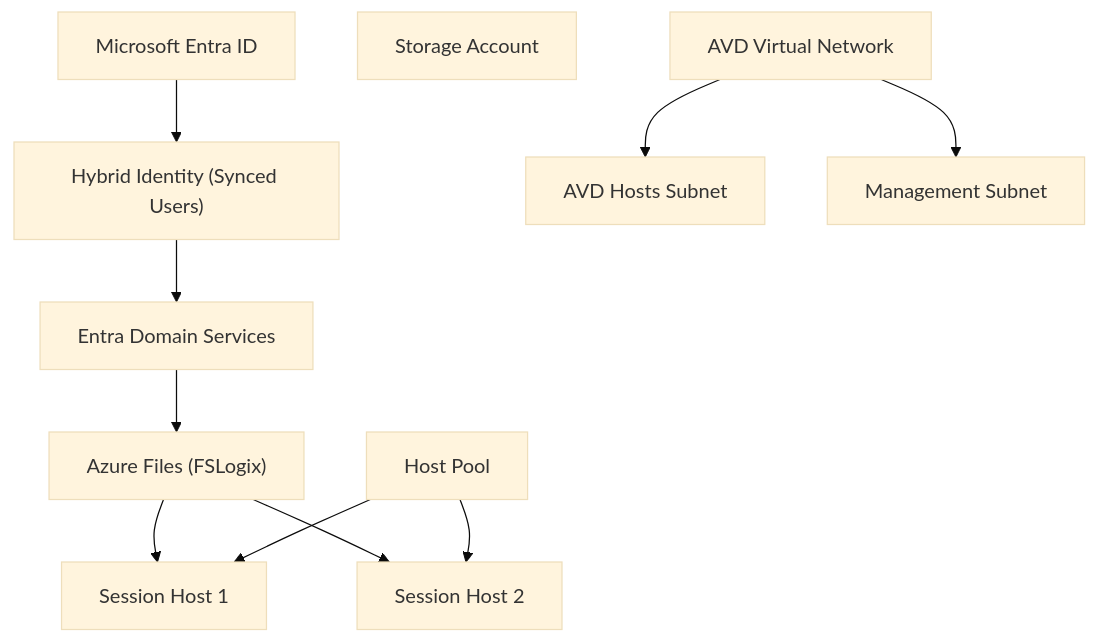
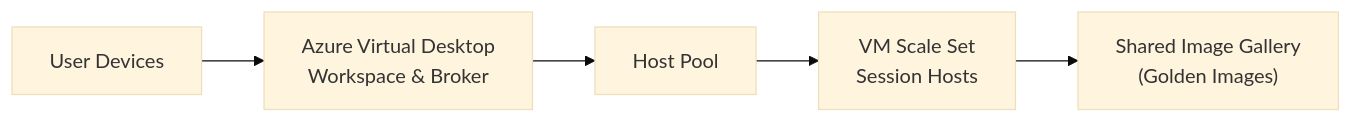
The first of 3 diagrams in Microsoft/Azure-VirtualDesktop/docs/00-Architecture.md (j-rattigan/Projects), drawn with Mermaid (base theme) before and after one commit. The commit also changed other lines of this file, not shown here.

````diff
--- a/Microsoft/Azure-VirtualDesktop/docs/00-Architecture.md
+++ b/Microsoft/Azure-VirtualDesktop/docs/00-Architecture.md
@@ -55,23 +17,10 @@
 ```mermaid
-graph TD
-    AAD["Microsoft Entra ID"]
-    HYB["Hybrid Identity (Synced Users)"]
-    AADDS["Entra Domain Services"]
-    SA["Storage Account"]
-    FILES["Azure Files (FSLogix)"]
+flowchart LR
+    User["User Devices"]
+    AVD["Azure Virtual Desktop<br>Workspace & Broker"]
     HP["Host Pool"]
-    SH1["Session Host 1"]
-    SH2["Session Host 2"]
-    VNET["AVD Virtual Network"]
-    SUB1["AVD Hosts Subnet"]
-    SUB2["Management Subnet"]
+    VMSS["VM Scale Set<br>Session Hosts"]
+    IMG["Shared Image Gallery<br>(Golden Images)"]
 
-    AAD --> HYB --> AADDS
-    AADDS --> FILES
-    FILES --> SH1
-    FILES --> SH2
-    HP --> SH1
-    HP --> SH2
-    VNET --> SUB1
-    VNET --> SUB2
+    User --> AVD --> HP --> VMSS --> IMG
 ```
````
